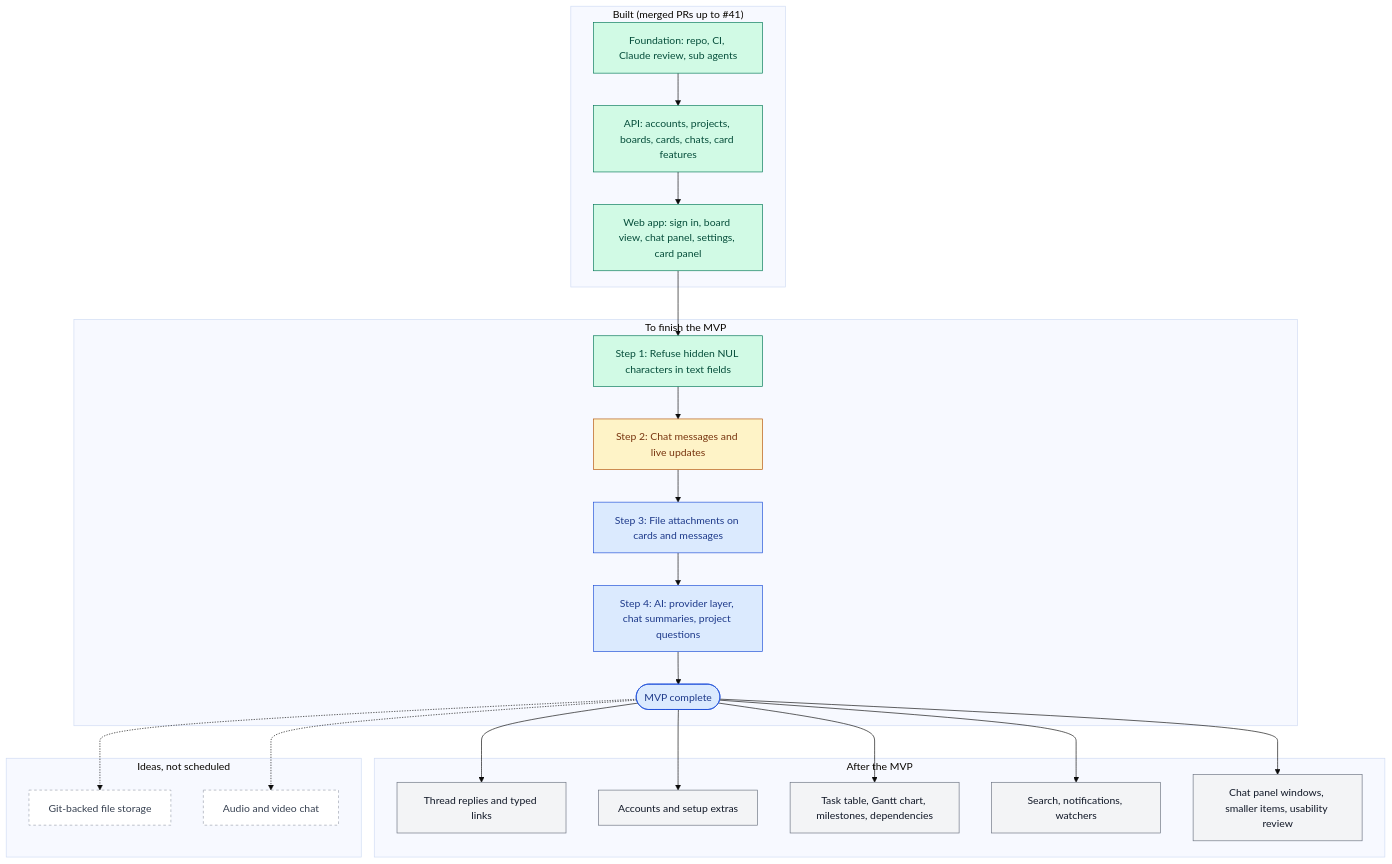
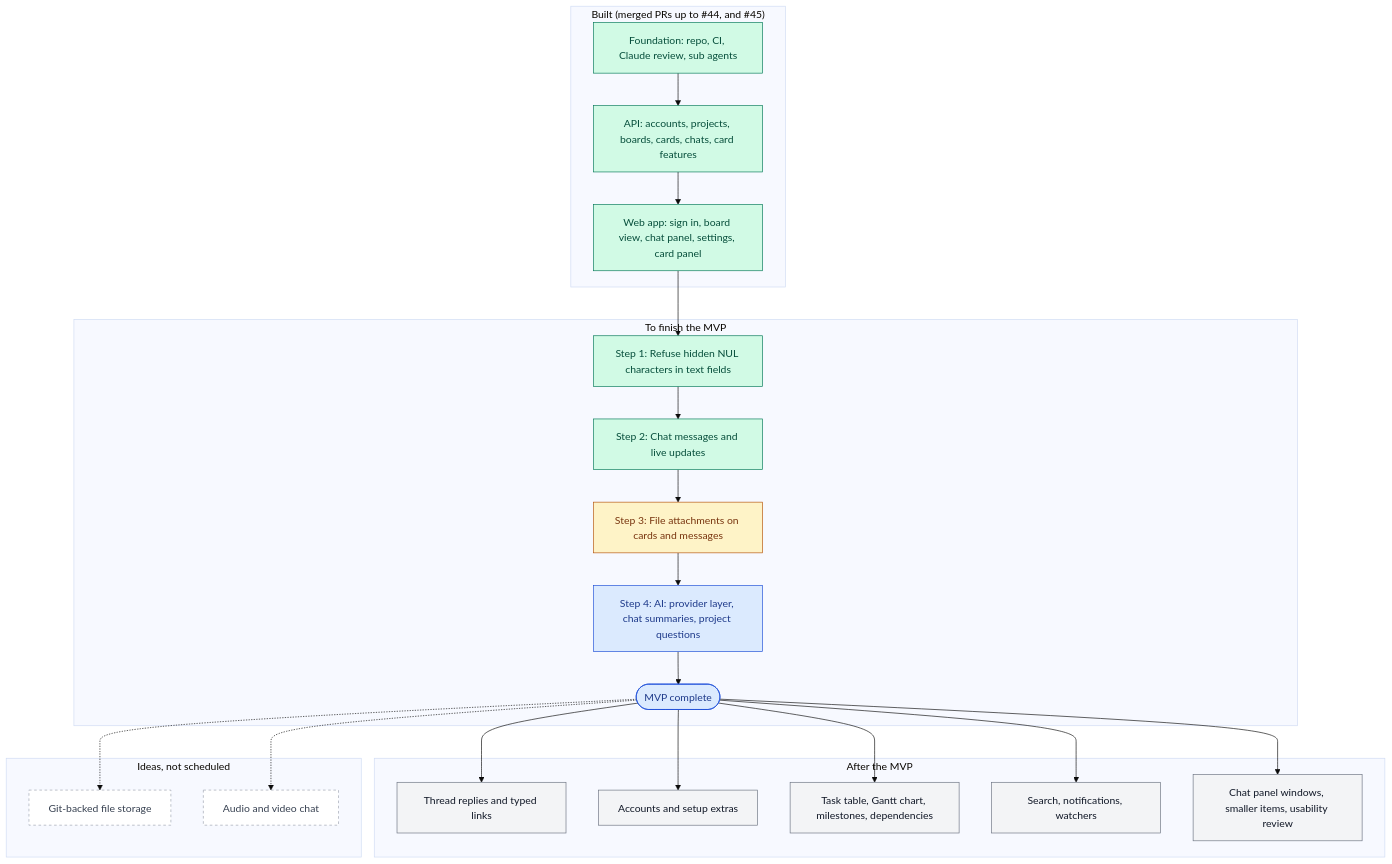
One commit to jongane/Tessera changed the diagram in docs/roadmap.md. Above: the diagram before and after it, drawn with Mermaid (base theme). The commit also changed other lines of this file and 73 other files, not shown here.

````diff
--- a/docs/roadmap.md
+++ b/docs/roadmap.md
@@ -13,45 +13,45 @@
 ```mermaid
 flowchart TD
     classDef done fill:#d1fae5,stroke:#047857,color:#064e3b
     classDef next fill:#fef3c7,stroke:#b45309,color:#78350f
     classDef mvp fill:#dbeafe,stroke:#1d4ed8,color:#1e3a8a
     classDef later fill:#f3f4f6,stroke:#6b7280,color:#111827
     classDef idea fill:#ffffff,stroke:#9ca3af,color:#374151,stroke-dasharray: 4 4
 
-    subgraph Built["Built (merged PRs up to #41)"]
+    subgraph Built["Built (merged PRs up to #44, and #45)"]
         F[Foundation: repo, CI, Claude review, sub agents]
         A[API: accounts, projects, boards, cards, chats, card features]
         W[Web app: sign in, board view, chat panel, settings, card panel]
     end
 
     subgraph MVP["To finish the MVP"]
         N1[Step 1: Refuse hidden NUL characters in text fields]
         N2[Step 2: Chat messages and live updates]
         N3[Step 3: File attachments on cards and messages]
         N4[Step 4: AI: provider layer, chat summaries, project questions]
         R([MVP complete])
     end
 
     subgraph After["After the MVP"]
         L1[Thread replies and typed links]
         L2[Accounts and setup extras]
         L3[Task table, Gantt chart, milestones, dependencies]
         L4[Search, notifications, watchers]
         L5[Chat panel windows, smaller items, usability review]
     end
 
     subgraph Ideas["Ideas, not scheduled"]
         I1[Git-backed file storage]
         I2[Audio and video chat]
     end
 
     F --> A --> W --> N1 --> N2 --> N3 --> N4 --> R
     R --> L1 & L2 & L3 & L4 & L5
     R -.-> I1 & I2
 
-    class F,A,W,N1 done
-    class N2 next
-    class N3,N4,R mvp
+    class F,A,W,N1,N2 done
+    class N3 next
+    class N4,R mvp
     class L1,L2,L3,L4,L5 later
     class I1,I2 idea
 ```
````
